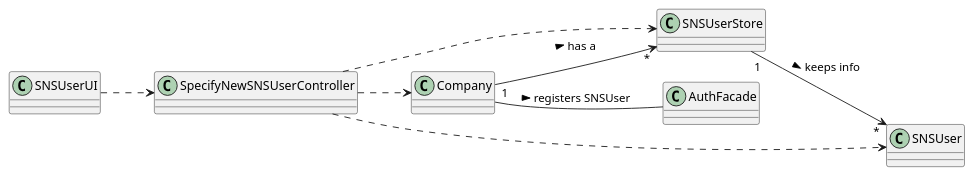
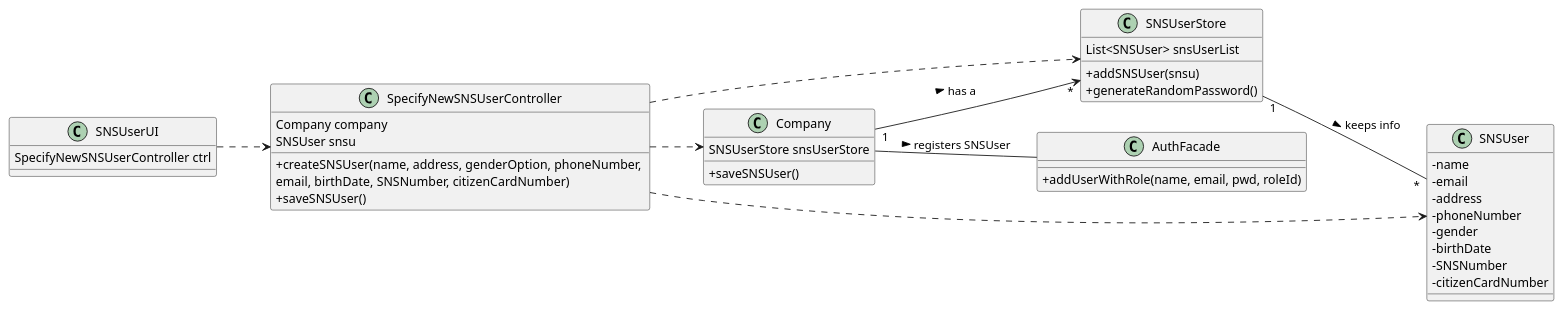
Before and after one commit to PedroMesquita1211171/VaccinationManager: the diagram in docs/SprintB/US/US3/US003_CD.puml, drawn with PlantUML. The commit also changed 14 other files, not shown here.

```diff
--- a/docs/SprintB/US/US3/US003_CD.puml
+++ b/docs/SprintB/US/US3/US003_CD.puml
@@ -1,21 +1,48 @@
 @startuml
 skinparam classAttributeIconSize 0
 left to right direction
 
-class SNSUserUI{}
-class SpecifyNewSNSUserController{}
-class SNSUserStore{}
-class Company{}
-class SNSUser{}
-class AuthFacade{}
+class SNSUserUI{
+SpecifyNewSNSUserController ctrl
+}
+class SpecifyNewSNSUserController{
+ Company company
+ SNSUser snsu
+ +createSNSUser(name, address, genderOption, phoneNumber, \nemail, birthDate, SNSNumber, citizenCardNumber)
+ +saveSNSUser()
+}
+class SNSUserStore{
+List<SNSUser> snsUserList
++addSNSUser(snsu)
++generateRandomPassword()
+}
+class Company{
+ SNSUserStore snsUserStore
+ +saveSNSUser()
+}
+
+class SNSUser{
+ - name
+ - email
+ - address
+ - phoneNumber
+ - gender
+ - birthDate
+ - SNSNumber
+ - citizenCardNumber
+}
+
+class AuthFacade{
+ +addUserWithRole(name, email, pwd, roleId)
+}
 
 
 SNSUserUI ..> SpecifyNewSNSUserController
 Company "1"-->"*" SNSUserStore : has a >
-SNSUserStore "1"-->"*" SNSUser : keeps info >
+SNSUserStore "1"--"*" SNSUser : keeps info >
 SpecifyNewSNSUserController ..> Company
 SpecifyNewSNSUserController ..> SNSUserStore
 SpecifyNewSNSUserController ..> SNSUser
 Company -- AuthFacade : registers SNSUser >
 
 @enduml
```
